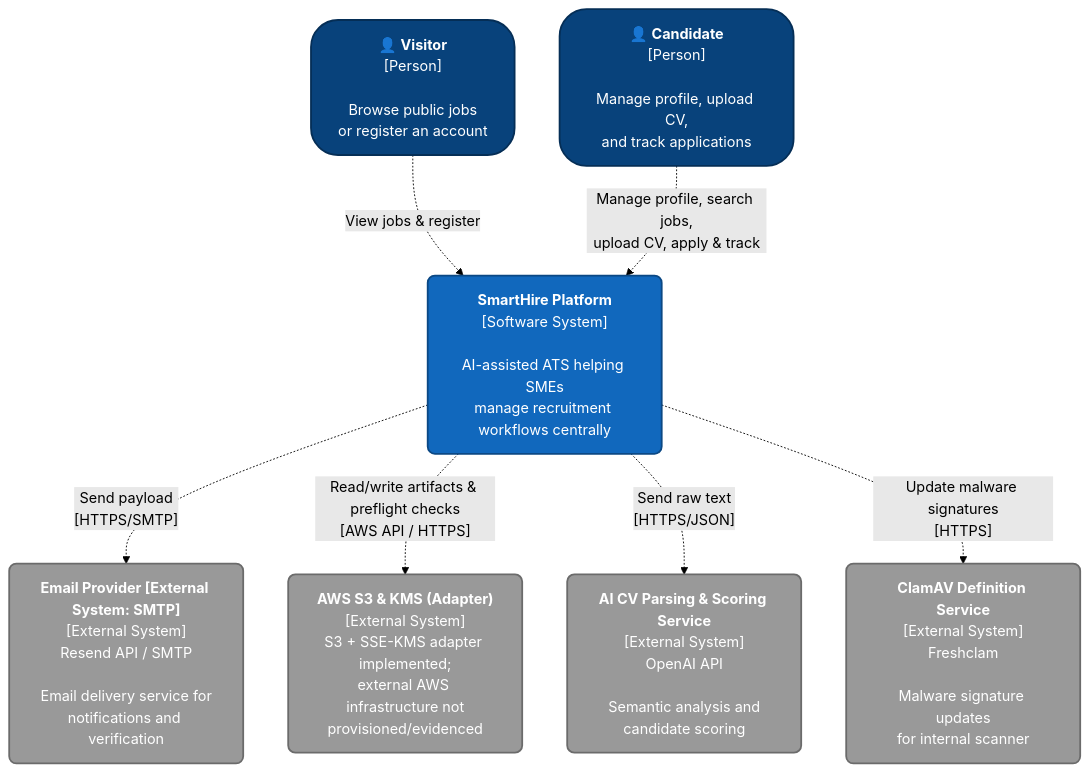
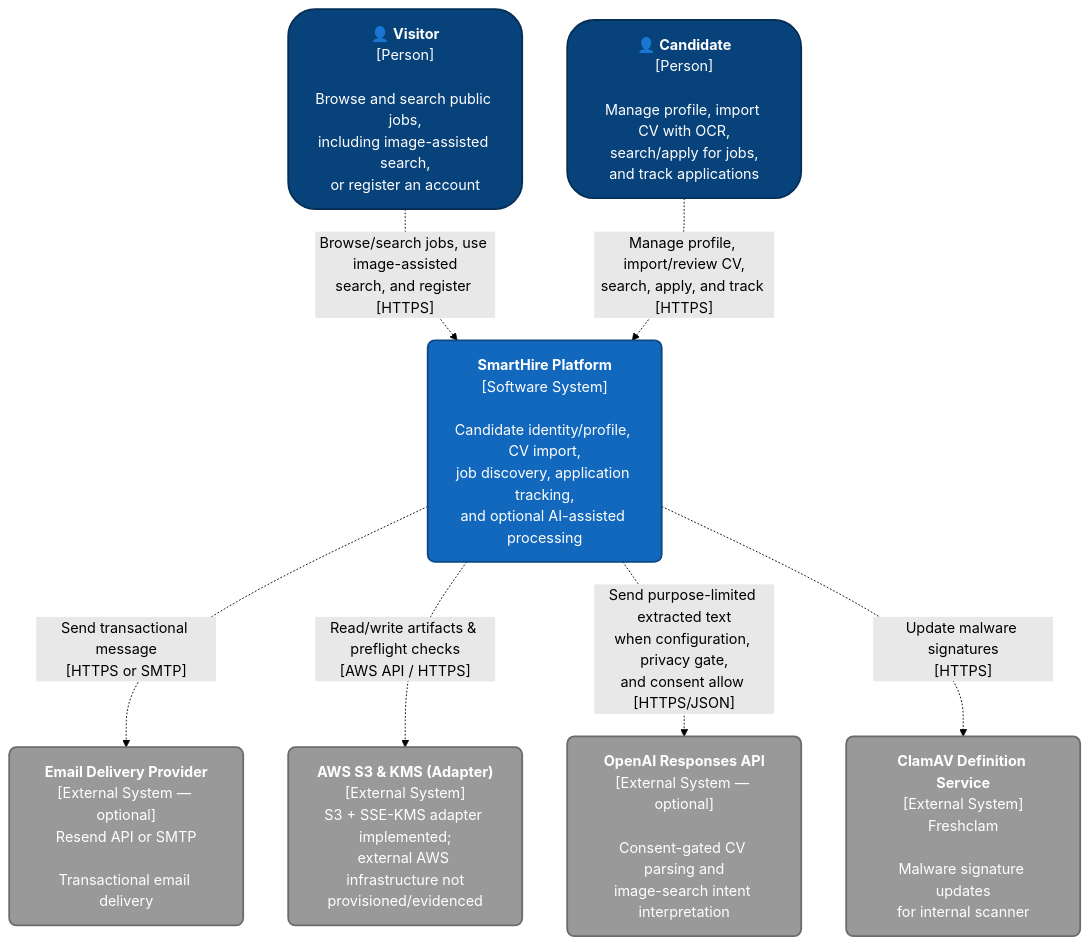
Before and after one commit to quocuy0112/Software-Engineering---Group-9: the diagram in docs/diagrams/system context diagram/System_Context.md, drawn with Mermaid (forest theme). The commit also changed other lines of this file and 6 other files, not shown here.

Commit message:
Verify Diagrams for PA4

````diff
--- a/docs/diagrams/system context diagram/System_Context.md
+++ b/docs/diagrams/system context diagram/System_Context.md
@@ -5,29 +7,29 @@
 ```mermaid
 flowchart TD
     %% Standard C4 CSS Formatting
     classDef person fill:#08427b,stroke:#052e56,stroke-width:2px,color:#fff,rx:30px,ry:30px
     classDef system fill:#1168bd,stroke:#0b4884,stroke-width:2px,color:#fff,rx:8px,ry:8px
     classDef external fill:#999999,stroke:#6b6b6b,stroke-width:2px,color:#fff,rx:8px,ry:8px
 
     %% Actors Declaration
-    V["👤 <b>Visitor</b><br/>[Person]<br/><br/>Browse public jobs<br/>or register an account"]:::person
-    C["👤 <b>Candidate</b><br/>[Person]<br/><br/>Manage profile, upload CV,<br/>and track applications"]:::person
+    V["👤 <b>Visitor</b><br/>[Person]<br/><br/>Browse and search public jobs,<br/>including image-assisted search,<br/>or register an account"]:::person
+    C["👤 <b>Candidate</b><br/>[Person]<br/><br/>Manage profile, import CV with OCR,<br/>search/apply for jobs,<br/>and track applications"]:::person
 
     %% Internal System Declaration
-    SH["<b>SmartHire Platform</b><br/>[Software System]<br/><br/>AI-assisted ATS helping SMEs<br/>manage recruitment workflows centrally"]:::system
+    SH["<b>SmartHire Platform</b><br/>[Software System]<br/><br/>Candidate identity/profile, CV import,<br/>job discovery, application tracking,<br/>and optional AI-assisted processing"]:::system
 
     %% External Systems Declaration
-    EM["<b>Email Provider [External System: SMTP]</b><br/>[External System]<br/>Resend API / SMTP<br/><br/>Email delivery service for<br/>notifications and verification"]:::external
+    EM["<b>Email Delivery Provider</b><br/>[External System — optional]<br/>Resend API or SMTP<br/><br/>Transactional email delivery"]:::external
     ST["<b>AWS S3 & KMS (Adapter)</b><br/>[External System]<br/>S3 + SSE-KMS adapter implemented;<br/>external AWS infrastructure not<br/>provisioned/evidenced"]:::external
-    AI["<b>AI CV Parsing & Scoring Service</b><br/>[External System]<br/>OpenAI API<br/><br/>Semantic analysis and<br/>candidate scoring"]:::external
+    AI["<b>OpenAI Responses API</b><br/>[External System — optional]<br/><br/>Consent-gated CV parsing and<br/>image-search intent interpretation"]:::external
     AV["<b>ClamAV Definition Service</b><br/>[External System]<br/>Freshclam<br/><br/>Malware signature updates<br/>for internal scanner"]:::external
 
-    %% Communication Flow 
-    V -. "View jobs & register" .-> SH
-    C -. "Manage profile, search jobs,<br/>upload CV, apply & track" .-> SH
+    %% Communication Flow
+    V -. "Browse/search jobs, use image-assisted<br/>search, and register [HTTPS]" .-> SH
+    C -. "Manage profile, import/review CV,<br/>search, apply, and track [HTTPS]" .-> SH
 
-    SH -. "Send payload<br/>[HTTPS/SMTP]" .-> EM
+    SH -. "Send transactional message<br/>[HTTPS or SMTP]" .-> EM
     SH -. "Read/write artifacts & preflight checks<br/>[AWS API / HTTPS]" .-> ST
-    SH -. "Send raw text<br/>[HTTPS/JSON]" .-> AI
+    SH -. "Send purpose-limited extracted text<br/>when configuration, privacy gate,<br/>and consent allow [HTTPS/JSON]" .-> AI
     SH -. "Update malware signatures<br/>[HTTPS]" .-> AV
 ```
````
